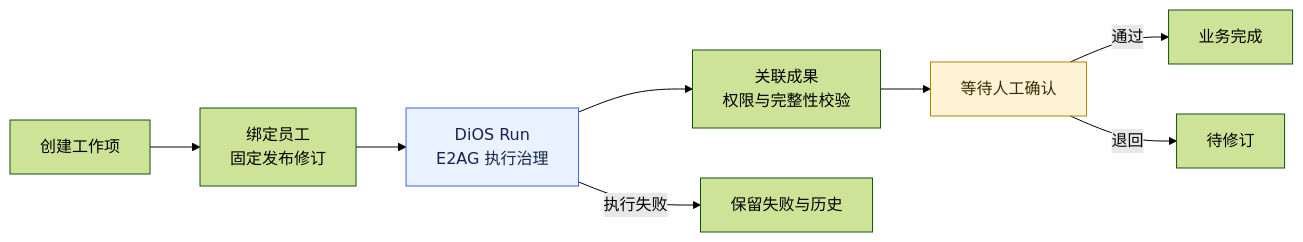
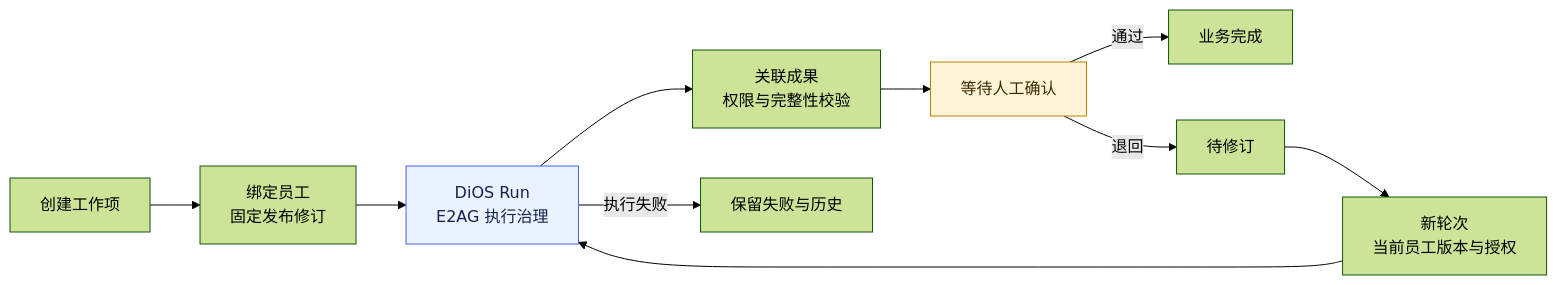
The diagram in docs/design/workitem-40.md (HQIT/DiOS), drawn with Mermaid (forest theme) before and after one commit. The commit also changed other lines of this file and 14 other files, not shown here.

````diff
--- a/docs/design/workitem-40.md
+++ b/docs/design/workitem-40.md
@@ -5,12 +5,14 @@
 ```mermaid
 flowchart LR
   C[创建工作项] --> B[绑定员工<br/>固定发布修订]
   B --> D[DiOS Run<br/>E2AG 执行治理]
   D --> R[关联成果<br/>权限与完整性校验]
   R --> H[等待人工确认]
   H -->|通过| A[业务完成]
   H -->|退回| N[待修订]
+  N --> Q[新轮次<br/>当前员工版本与授权]
+  Q --> D
   D -->|执行失败| F[保留失败与历史]
   style D fill:#eaf1ff,stroke:#4263eb,color:#14244d
   style H fill:#fff4d6,stroke:#b58100,color:#3d2a00
 ```
````
